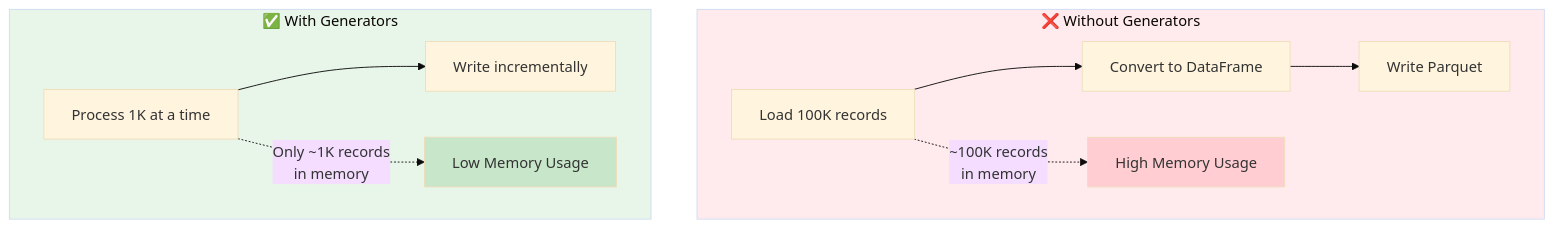
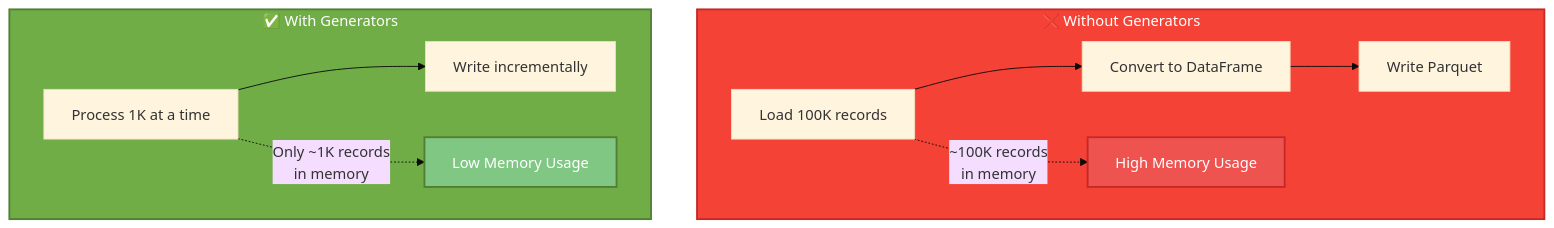
Before and after one commit to nferreira/pyarrow-example-to-handle-bronze-data: the second of 2 diagrams in src/parquet_s3_blocks_writer/generator/docs/crash-course.md, drawn with Mermaid (base theme). The commit also changed other lines of this file and 13 other files, not shown here.

````diff
--- a/src/parquet_s3_blocks_writer/generator/docs/crash-course.md
+++ b/src/parquet_s3_blocks_writer/generator/docs/crash-course.md
@@ -848,18 +848,18 @@
 ```mermaid
 flowchart TD
     subgraph Without["❌ Without Generators"]
         W1[Load 100K records] --> W2[Convert to DataFrame]
         W2 --> W3[Write Parquet]
         W1 -.->|~100K records<br/>in memory| Memory1[High Memory Usage]
     end
     
     subgraph With["✅ With Generators"]
         G1[Process 1K at a time] --> G2[Write incrementally]
         G1 -.->|Only ~1K records<br/>in memory| Memory2[Low Memory Usage]
     end
     
-    style Without fill:#ffebee
-    style With fill:#e8f5e9
-    style Memory1 fill:#ffcdd2
-    style Memory2 fill:#c8e6c9
+    style Without fill:#F44336,stroke:#C62828,stroke-width:2px,color:#fff
+    style With fill:#70AD47,stroke:#507E32,stroke-width:2px,color:#fff
+    style Memory1 fill:#EF5350,stroke:#C62828,stroke-width:2px,color:#fff
+    style Memory2 fill:#81C784,stroke:#507E32,stroke-width:2px,color:#fff
 ```
````
